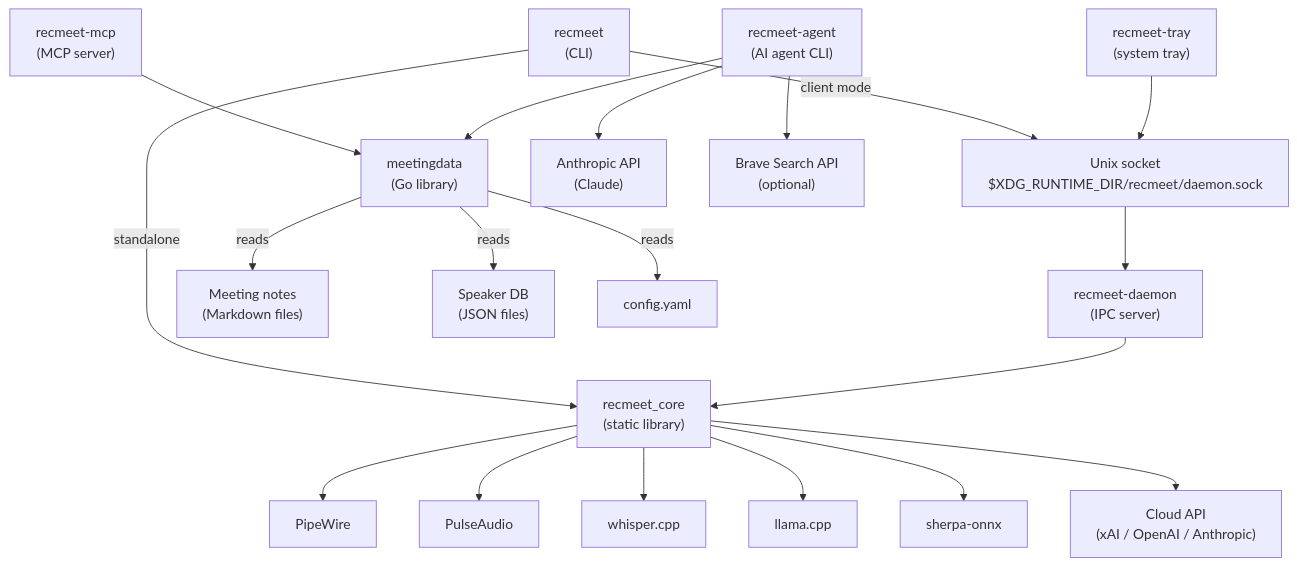
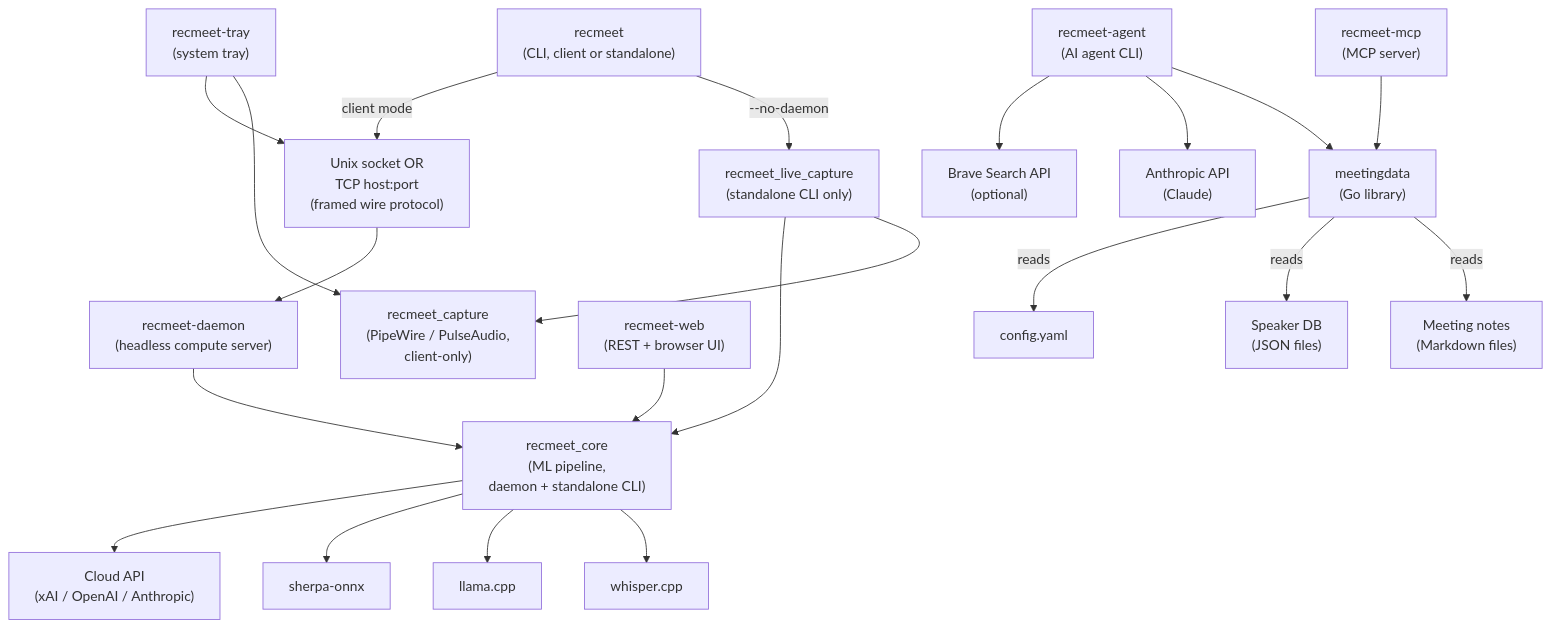
Before and after one commit to suykerbuyk/recmeet: the first of 18 diagrams in docs/ARCHITECTURE.md, drawn with Mermaid. The commit also changed other lines of this file and 19 other files, not shown here.

````diff
--- a/docs/ARCHITECTURE.md
+++ b/docs/ARCHITECTURE.md
@@ -11,32 +11,37 @@
 ```mermaid
 graph TD
-    CLI["recmeet<br/>(CLI)"]
-    DAEMON["recmeet-daemon<br/>(IPC server)"]
+    CLI["recmeet<br/>(CLI, client or standalone)"]
     TRAY["recmeet-tray<br/>(system tray)"]
-    CORE["recmeet_core<br/>(static library)"]
-    SOCK["Unix socket<br/>$XDG_RUNTIME_DIR/recmeet/daemon.sock"]
+    DAEMON["recmeet-daemon<br/>(headless compute server)"]
+    LISTEN["Unix socket OR<br/>TCP host:port<br/>(framed wire protocol)"]
+    CAPTURE["recmeet_capture<br/>(PipeWire / PulseAudio,<br/>client-only)"]
+    CORE["recmeet_core<br/>(ML pipeline,<br/>daemon + standalone CLI)"]
+    LIVECAP["recmeet_live_capture<br/>(standalone CLI only)"]
     MCP["recmeet-mcp<br/>(MCP server)"]
     AGENT["recmeet-agent<br/>(AI agent CLI)"]
+    WEB["recmeet-web<br/>(REST + browser UI)"]
     MDATA["meetingdata<br/>(Go library)"]
 
-    CLI -->|standalone| CORE
-    CLI -->|client mode| SOCK
-    TRAY --> SOCK
-    SOCK --> DAEMON
+    TRAY --> CAPTURE
+    TRAY --> LISTEN
+    CLI -->|--no-daemon| LIVECAP
+    LIVECAP --> CAPTURE
+    LIVECAP --> CORE
+    CLI -->|client mode| LISTEN
+    LISTEN --> DAEMON
     DAEMON --> CORE
 
-    CORE --> PW["PipeWire"]
-    CORE --> PA["PulseAudio"]
     CORE --> WHISPER["whisper.cpp"]
     CORE --> LLAMA["llama.cpp"]
     CORE --> SHERPA["sherpa-onnx"]
     CORE --> API["Cloud API<br/>(xAI / OpenAI / Anthropic)"]
 
+    WEB --> CORE
     MCP --> MDATA
     AGENT --> MDATA
     AGENT --> CLAUDE["Anthropic API<br/>(Claude)"]
     AGENT --> BRAVE["Brave Search API<br/>(optional)"]
     MDATA -->|reads| NOTES["Meeting notes<br/>(Markdown files)"]
     MDATA -->|reads| SPKDB["Speaker DB<br/>(JSON files)"]
     MDATA -->|reads| CFG["config.yaml"]
 ```
````
